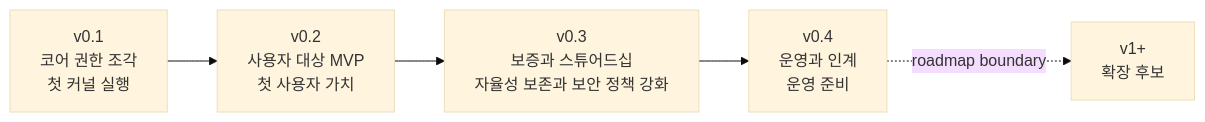
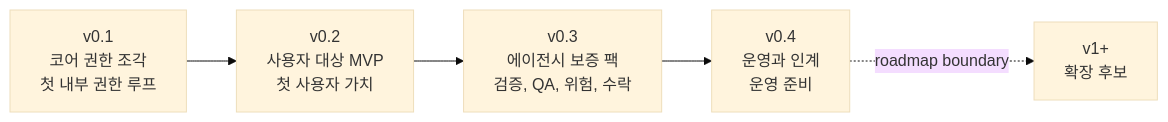
Before and after one commit to minjungw00/Harness_Project: the first of 2 diagrams in docs/ko/build/mvp-plan.md, drawn with Mermaid (base theme). The commit also changed other lines of this file and 47 other files, not shown here.

````diff
--- a/docs/ko/build/mvp-plan.md
+++ b/docs/ko/build/mvp-plan.md
@@ -47,7 +47,7 @@
 ```mermaid
 flowchart LR
-  Core["v0.1<br/>코어 권한 조각<br/>첫 커널 실행"] --> MVP["v0.2<br/>사용자 대상 MVP<br/>첫 사용자 가치"]
-  MVP --> Assurance["v0.3<br/>보증과 스튜어드십<br/>자율성 보존과 보안 정책 강화"]
+  Core["v0.1<br/>코어 권한 조각<br/>첫 내부 권한 루프"] --> MVP["v0.2<br/>사용자 대상 MVP<br/>첫 사용자 가치"]
+  MVP --> Assurance["v0.3<br/>에이전시 보증 팩<br/>검증, QA, 위험, 수락"]
   Assurance --> Ops["v0.4<br/>운영과 인계<br/>운영 준비"]
   Ops -. roadmap boundary .-> Expansion["v1+<br/>확장 후보"]
 ```
````
